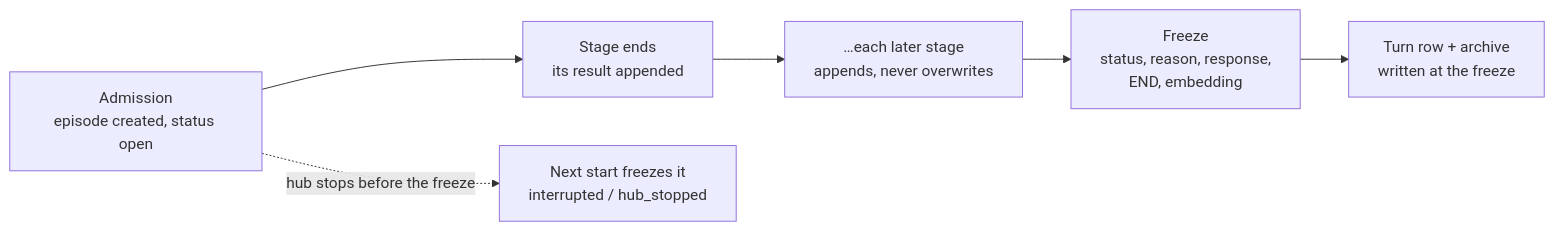
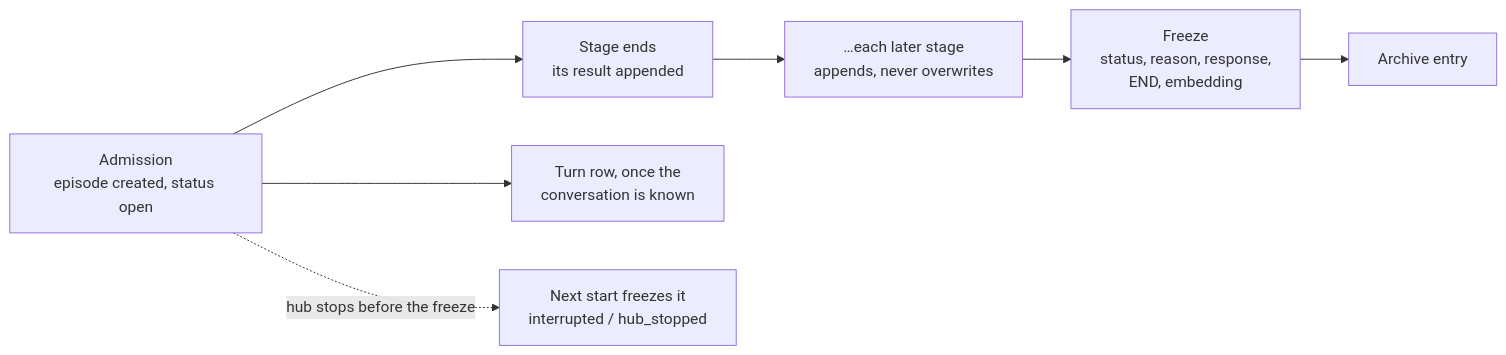
Before and after one commit to leonapivato/ai-assistant: the diagram in docs/proposals/one-episode-open-then-frozen.md, drawn with Mermaid. The commit also changed other lines of this file, not shown here.

First line of the commit message:
docs(proposals): save capped lists in full and trim at the freeze; write the turn row when the conversation is known

````diff
--- a/docs/proposals/one-episode-open-then-frozen.md
+++ b/docs/proposals/one-episode-open-then-frozen.md
@@ -173,8 +186,9 @@
 ```mermaid
 flowchart LR
     AD["Admission<br/>episode created, status open"] --> S1["Stage ends<br/>its result appended"]
     S1 --> S2["…each later stage<br/>appends, never overwrites"]
     S2 --> F["Freeze<br/>status, reason, response,<br/>END, embedding"]
-    F --> T["Turn row + archive<br/>written at the freeze"]
+    AD --> T["Turn row, once the<br/>conversation is known"]
+    F --> AR["Archive entry"]
     AD -.->|"hub stops before the freeze"| R["Next start freezes it<br/>interrupted / hub_stopped"]
 ```
````
